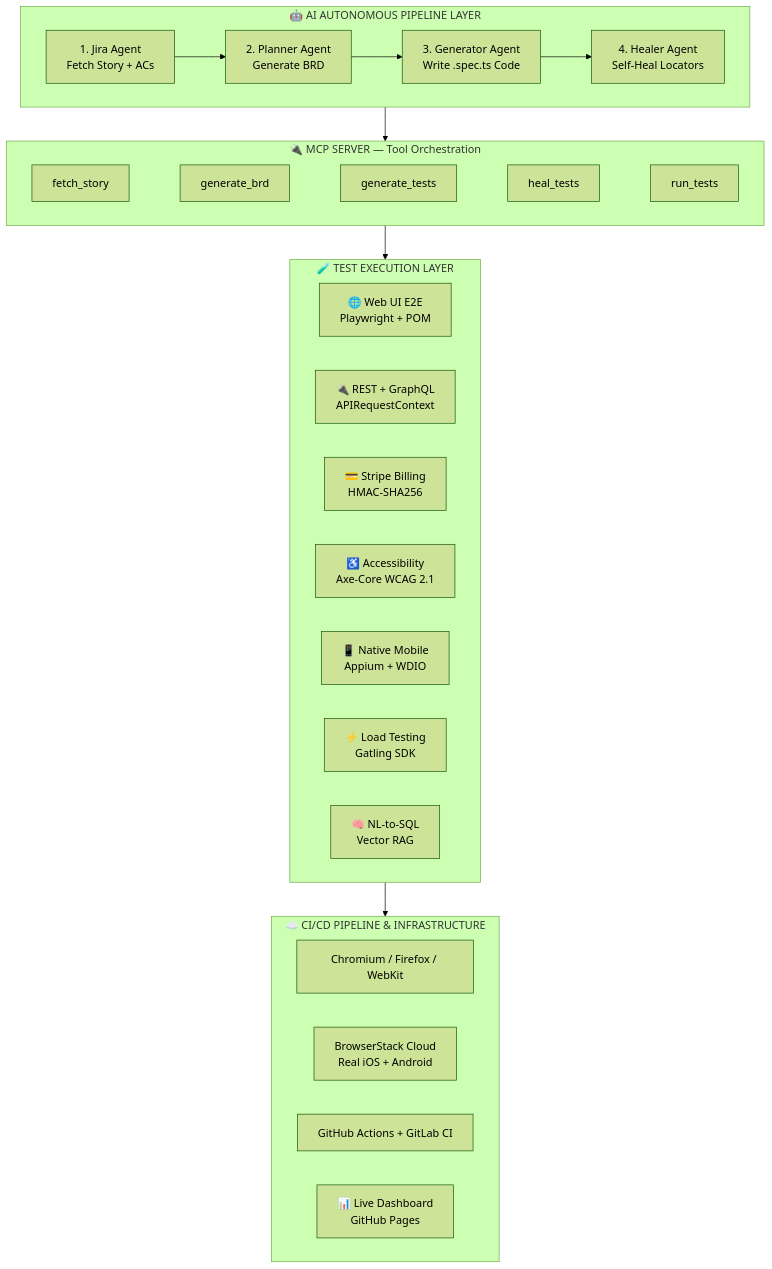
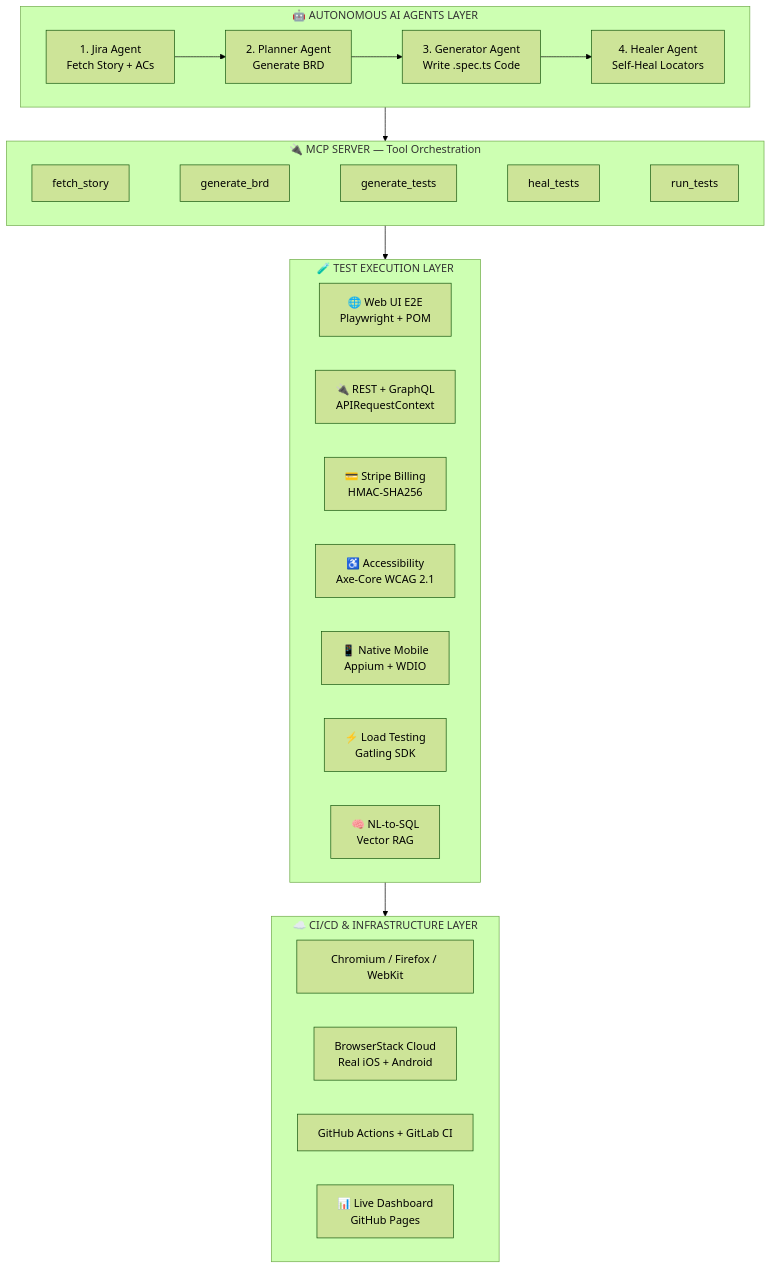
Before and after one commit to abhirise1981/ai-test-automation-platform: the first of 2 diagrams in README.md, drawn with Mermaid (forest theme).

Commit message:
docs: refine architecture layer names to Autonomous AI Agents Layer and CI/CD & Infrastructure Layer

````diff
--- a/README.md
+++ b/README.md
@@ -20,37 +20,37 @@
 ```mermaid
 graph TB
-    subgraph AI["🤖 AI AUTONOMOUS PIPELINE LAYER"]
+    subgraph AI["🤖 AUTONOMOUS AI AGENTS LAYER"]
         direction LR
         JIRA["1. Jira Agent<br/>Fetch Story + ACs"] --> PLAN["2. Planner Agent<br/>Generate BRD"]
         PLAN --> GEN["3. Generator Agent<br/>Write .spec.ts Code"]
         GEN --> HEAL["4. Healer Agent<br/>Self-Heal Locators"]
     end
 
     subgraph MCP["🔌 MCP SERVER — Tool Orchestration"]
         direction LR
         T1["fetch_story"] ~~~ T2["generate_brd"] ~~~ T3["generate_tests"] ~~~ T4["heal_tests"] ~~~ T5["run_tests"]
     end
 
     subgraph EXEC["🧪 TEST EXECUTION LAYER"]
         direction LR
         WEB["🌐 Web UI E2E<br/>Playwright + POM"]
         APITST["🔌 REST + GraphQL<br/>APIRequestContext"]
         STRIPE["💳 Stripe Billing<br/>HMAC-SHA256"]
         A11Y["♿ Accessibility<br/>Axe-Core WCAG 2.1"]
         MOBILE["📱 Native Mobile<br/>Appium + WDIO"]
         PERF["⚡ Load Testing<br/>Gatling SDK"]
         NLSQL["🧠 NL-to-SQL<br/>Vector RAG"]
     end
 
-    subgraph INFRA["☁️ CI/CD PIPELINE & INFRASTRUCTURE"]
+    subgraph INFRA["☁️ CI/CD & INFRASTRUCTURE LAYER"]
         direction LR
         LOCAL["Chromium / Firefox / WebKit"]
         BS["BrowserStack Cloud<br/>Real iOS + Android"]
         CICD["GitHub Actions + GitLab CI"]
         RPT["📊 Live Dashboard<br/>GitHub Pages"]
     end
 
     AI --> MCP
     MCP --> EXEC
     EXEC --> INFRA
 ```
````
